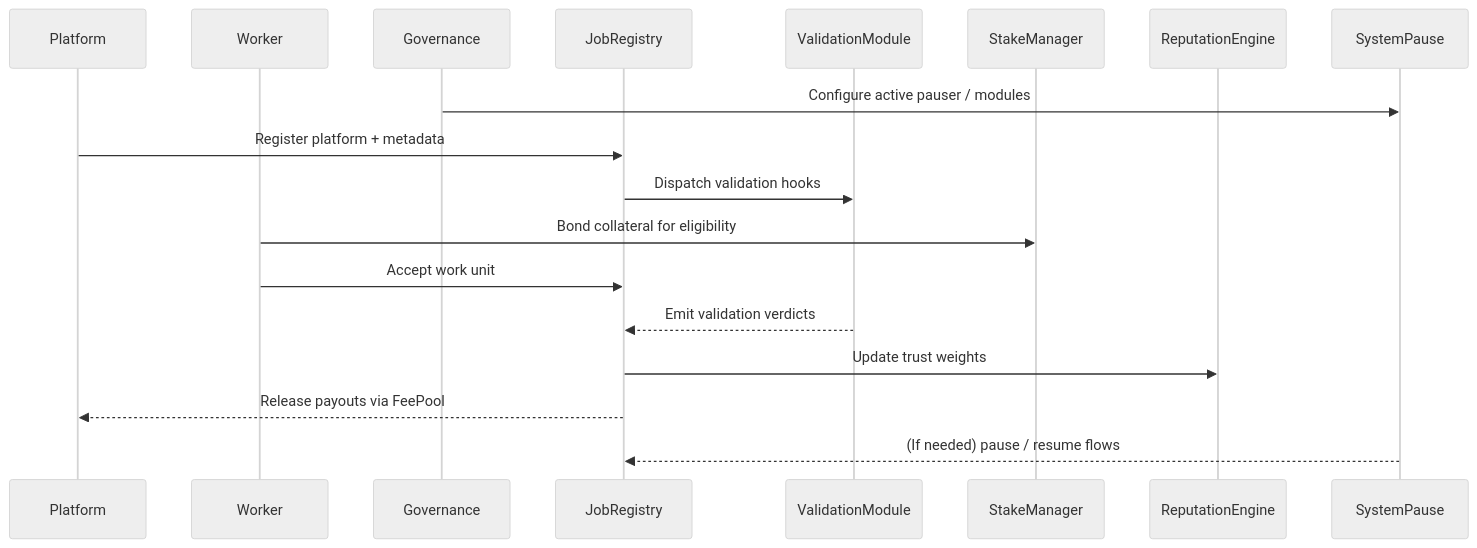
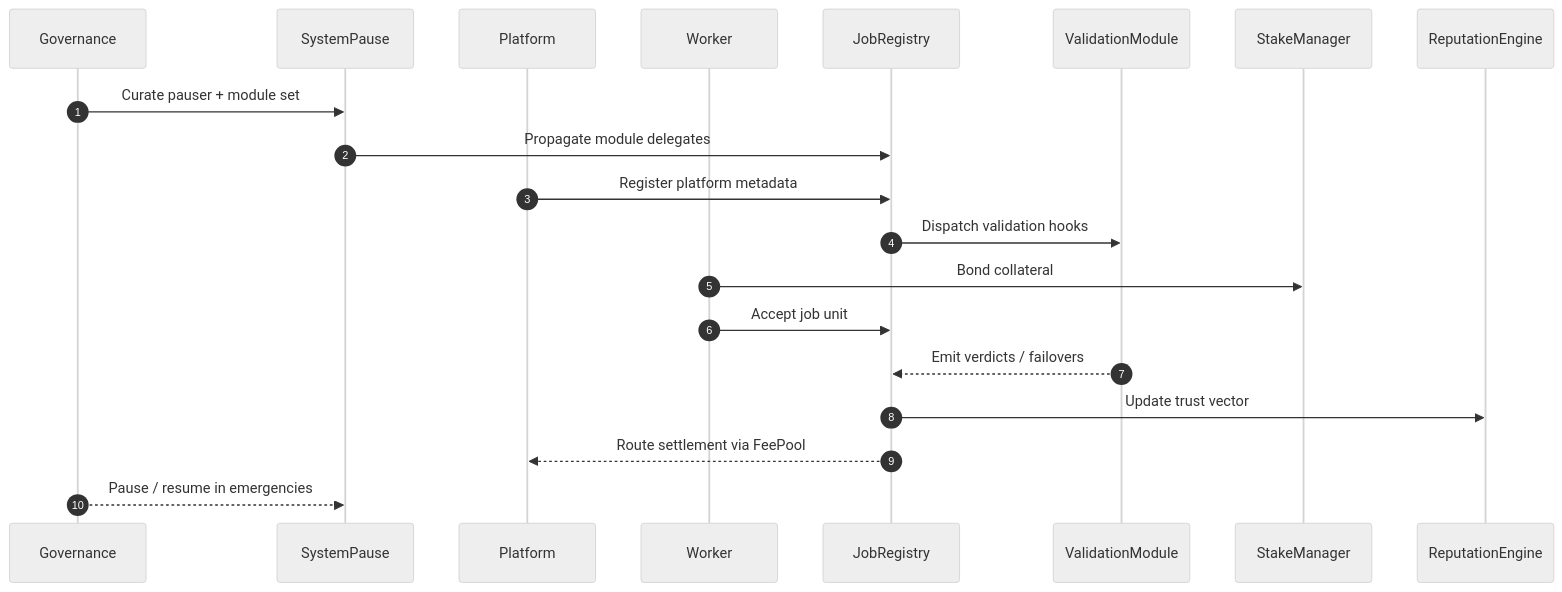
One commit to MontrealAI/agijobs-sovereign-labor-v0p1 changed the second of 3 diagrams in README.md. Above: the diagram before and after it, drawn with Mermaid (neutral theme). The commit also changed other lines of this file and 4 other files, not shown here.

````diff
--- a/README.md
+++ b/README.md
@@ -62,21 +83,23 @@
 ```mermaid
 sequenceDiagram
+    autonumber
+    participant Governance
+    participant SystemPause
     participant Platform
     participant Worker
-    participant Governance
     participant JobRegistry
     participant ValidationModule
     participant StakeManager
     participant ReputationEngine
-    participant SystemPause
 
-    Governance->>SystemPause: Configure active pauser / modules
-    Platform->>JobRegistry: Register platform + metadata
+    Governance->>SystemPause: Curate pauser + module set
+    SystemPause->>JobRegistry: Propagate module delegates
+    Platform->>JobRegistry: Register platform metadata
     JobRegistry->>ValidationModule: Dispatch validation hooks
-    Worker->>StakeManager: Bond collateral for eligibility
-    Worker->>JobRegistry: Accept work unit
-    ValidationModule-->>JobRegistry: Emit validation verdicts
-    JobRegistry->>ReputationEngine: Update trust weights
-    JobRegistry-->>Platform: Release payouts via FeePool
-    SystemPause-->>JobRegistry: (If needed) pause / resume flows
+    Worker->>StakeManager: Bond collateral
+    Worker->>JobRegistry: Accept job unit
+    ValidationModule-->>JobRegistry: Emit verdicts / failovers
+    JobRegistry->>ReputationEngine: Update trust vector
+    JobRegistry-->>Platform: Route settlement via FeePool
+    Governance-->>SystemPause: Pause / resume in emergencies
 ```
````
